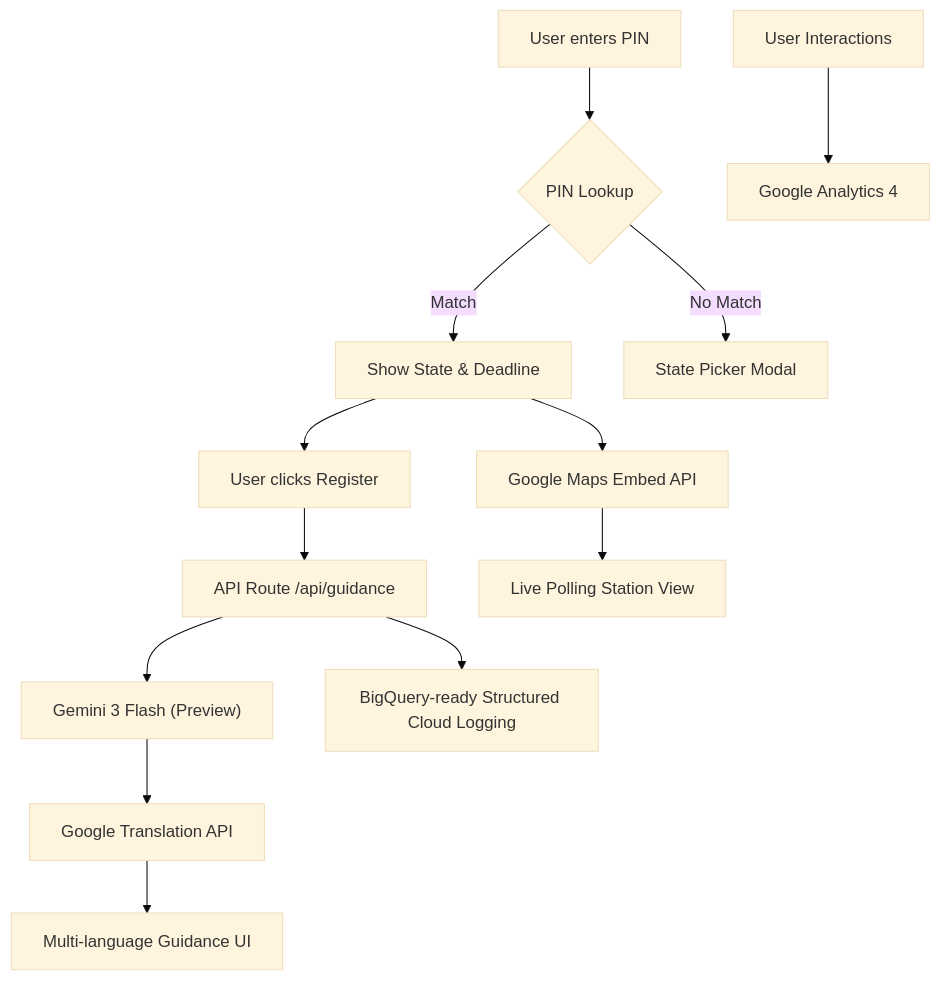
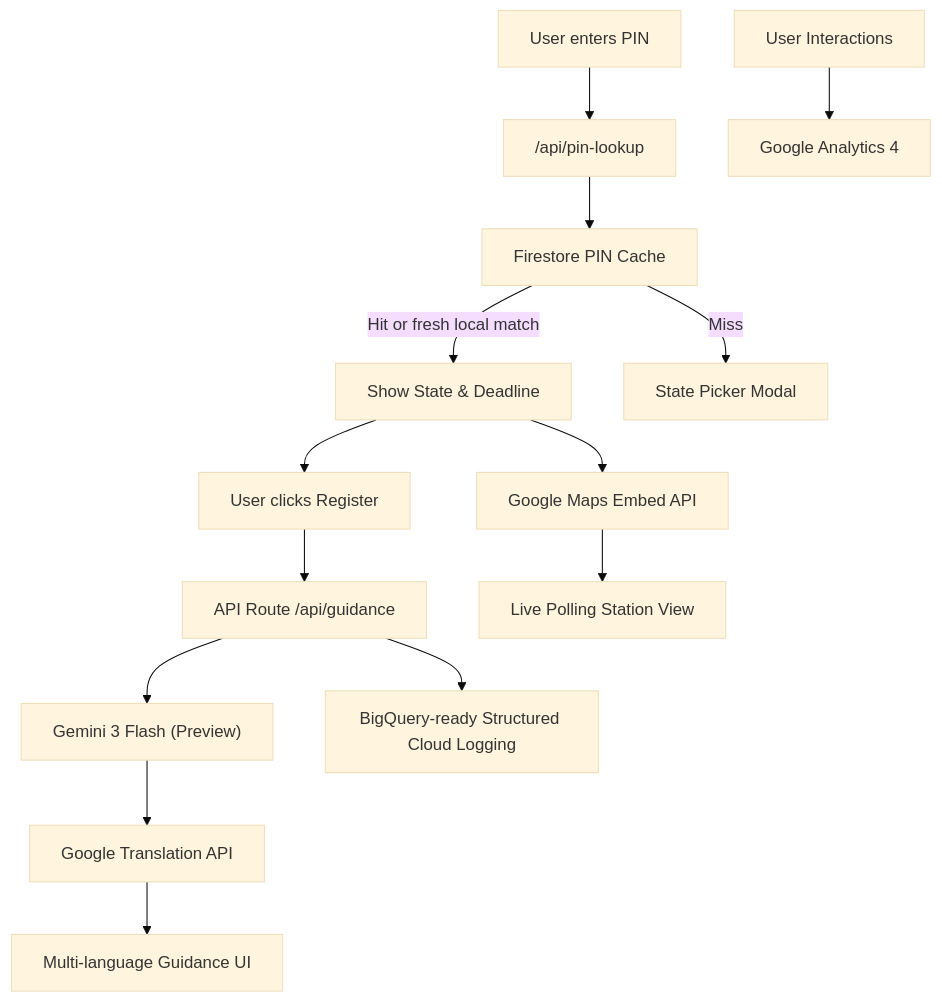
Before and after one commit to Rishet11/VoteReady-PromptWars: the diagram in README.md, drawn with Mermaid (base theme). The commit also changed other lines of this file and 9 other files, not shown here.

Commit message:
feat: add Firestore PIN lookup cache (Google Services breadth)

````diff
--- a/README.md
+++ b/README.md
@@ -30,15 +30,18 @@
 ```mermaid
 graph TD
-    A[User enters PIN] --> B{PIN Lookup}
-    B -->|Match| C[Show State & Deadline]
-    B -->|No Match| D[State Picker Modal]
+    A[User enters PIN] --> B["/api/pin-lookup"]
+    B --> O["Firestore PIN Cache"]
+    O -->|Hit or fresh local match| C
+    O -->|Miss| D
+    C[Show State & Deadline]
+    D[State Picker Modal]
     C --> E[User clicks Register]
     E --> F[API Route /api/guidance]
     F --> G["Gemini 3 Flash (Preview)"]
     G --> H["Google Translation API"]
     H --> I[Multi-language Guidance UI]
     C --> J[Google Maps Embed API]
     J --> K[Live Polling Station View]
     L[User Interactions] --> M[Google Analytics 4]
     F --> N[BigQuery-ready Structured Cloud Logging]
 ```
````
